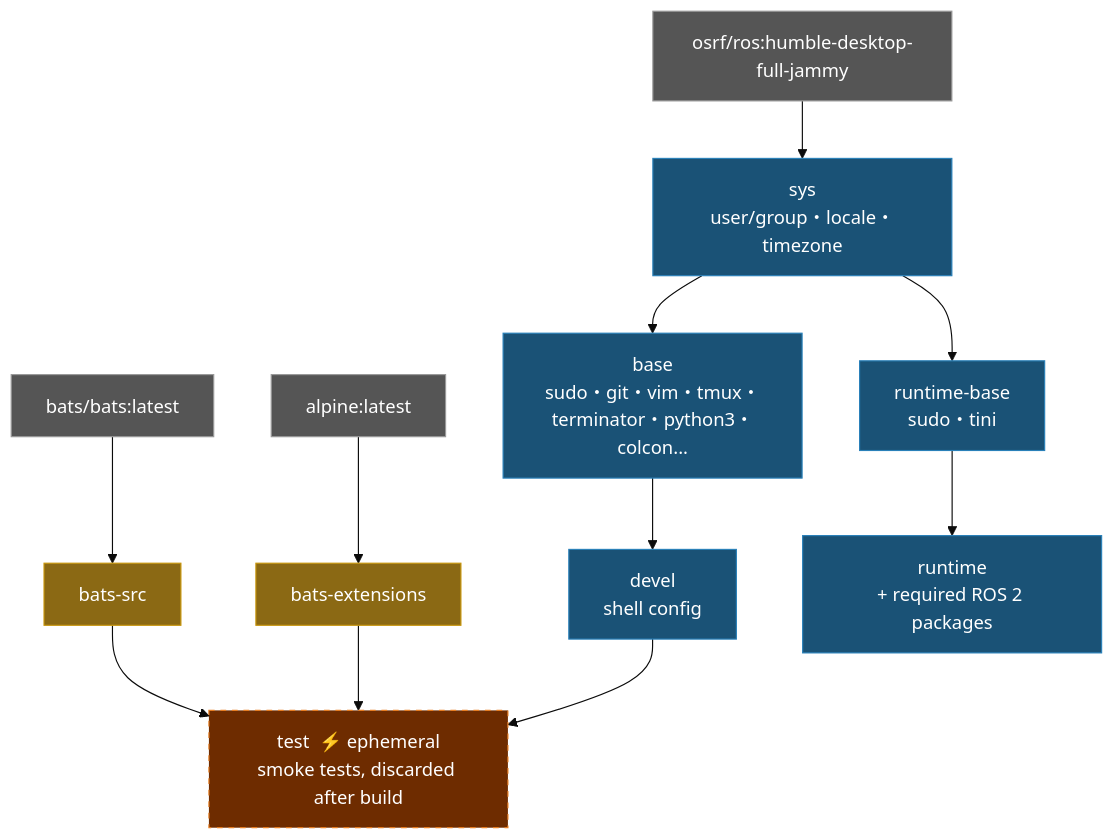
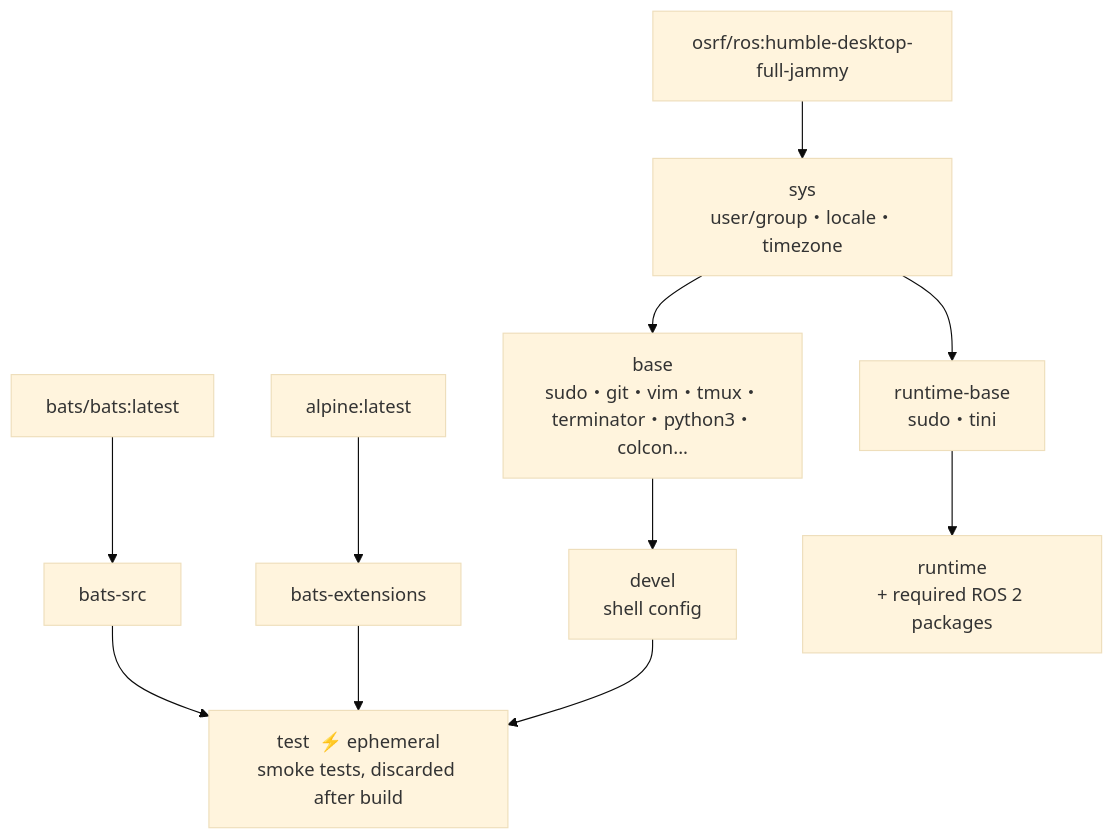
One commit to ycpss91255-docker/osrf_ros2_humble changed the diagram in README.md. Above: the diagram before and after it, drawn with Mermaid (base theme). The commit also changed 3 other files, not shown here.

Commit message:
docs: remove mermaid background colors from architecture diagrams (#25)

````diff
--- a/README.md
+++ b/README.md
@@ -235,26 +235,22 @@
 ```mermaid
 graph TD
-    EXT1["bats/bats:latest"]:::external
-    EXT2["alpine:latest"]:::external
-    EXT3["osrf/ros:humble-desktop-full-jammy"]:::external
+    EXT1["bats/bats:latest"]
+    EXT2["alpine:latest"]
+    EXT3["osrf/ros:humble-desktop-full-jammy"]
 
-    EXT1 --> bats-src["bats-src"]:::tool
-    EXT2 --> bats-ext["bats-extensions"]:::tool
+    EXT1 --> bats-src["bats-src"]
+    EXT2 --> bats-ext["bats-extensions"]
 
-    EXT3 --> sys["sys\nuser/group・locale・timezone"]:::stage
+    EXT3 --> sys["sys\nuser/group・locale・timezone"]
 
-    sys --> base["base\nsudo・git・vim・tmux・terminator・python3・colcon..."]:::stage
-    base --> devel["devel\nshell config"]:::stage
+    sys --> base["base\nsudo・git・vim・tmux・terminator・python3・colcon..."]
+    base --> devel["devel\nshell config"]
 
-    bats-src --> test["test  ⚡ ephemeral\nsmoke tests, discarded after build"]:::ephemeral
+    bats-src --> test["test  ⚡ ephemeral\nsmoke tests, discarded after build"]
     bats-ext --> test
     devel --> test
 
-    sys --> runtime-base["runtime-base\nsudo・tini"]:::stage
-    runtime-base --> runtime["runtime\n+ required ROS 2 packages"]:::stage
+    sys --> runtime-base["runtime-base\nsudo・tini"]
+    runtime-base --> runtime["runtime\n+ required ROS 2 packages"]
 
-    classDef external fill:#555,color:#fff,stroke:#999
-    classDef tool fill:#8B6914,color:#fff,stroke:#c8960c
-    classDef stage fill:#1a5276,color:#fff,stroke:#2980b9
-    classDef ephemeral fill:#6e2c00,color:#fff,stroke:#e67e22,stroke-dasharray:5 5
 ```
````
